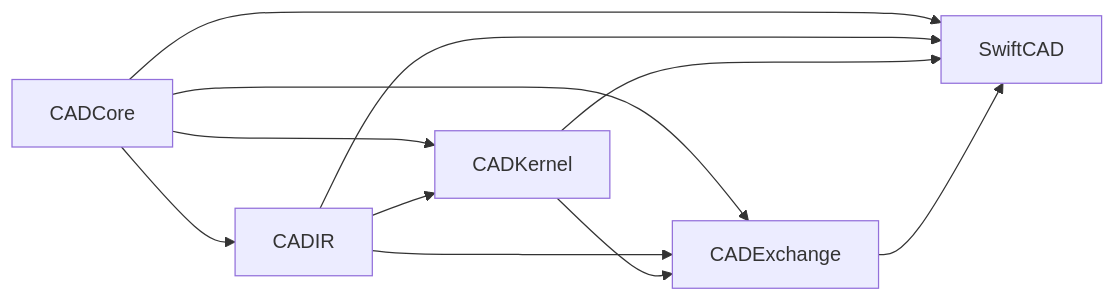
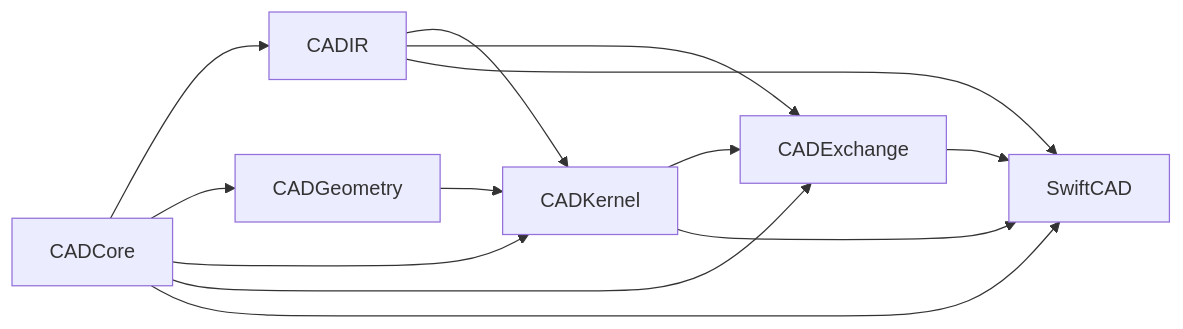
One commit to 1amageek/swift-CAD changed the second of 4 diagrams in README.md. Above: the diagram before and after it, drawn with Mermaid. The commit also changed other lines of this file and 110 other files, not shown here.

````diff
--- a/README.md
+++ b/README.md
@@ -34,13 +39,15 @@
 ```mermaid
 flowchart LR
     CADCore["CADCore"] --> CADIR["CADIR"]
+    CADCore --> CADGeometry["CADGeometry"]
+    CADGeometry --> CADKernel["CADKernel"]
     CADCore --> CADKernel["CADKernel"]
     CADCore --> CADExchange["CADExchange"]
     CADIR --> CADKernel
     CADIR --> CADExchange
     CADKernel --> CADExchange
     CADCore --> SwiftCAD["SwiftCAD"]
     CADIR --> SwiftCAD
     CADKernel --> SwiftCAD
     CADExchange --> SwiftCAD
 ```
````
